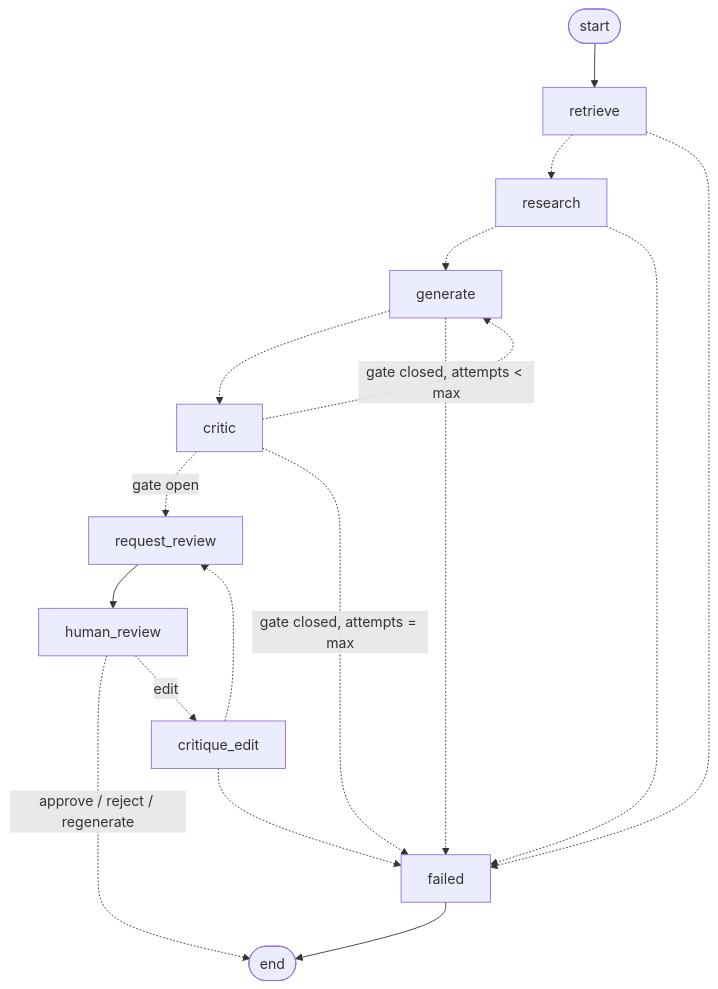
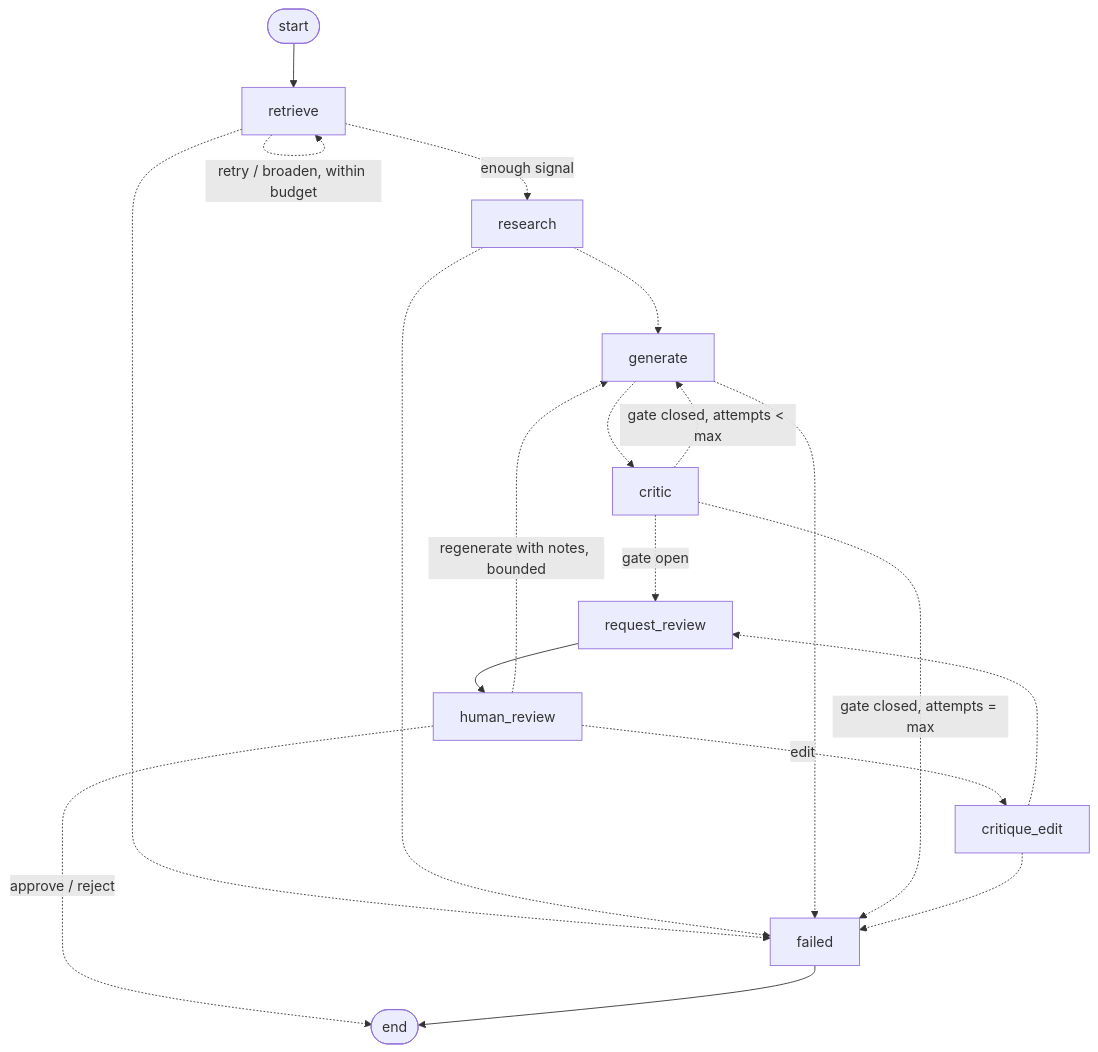
One commit to philik04/social-growth-agent changed the diagram in docs/ARCHITECTURE.md. Above: the diagram before and after it, drawn with Mermaid. The commit also changed other lines of this file and 70 other files, not shown here.

````diff
--- a/docs/ARCHITECTURE.md
+++ b/docs/ARCHITECTURE.md
@@ -94,19 +94,21 @@
 ```mermaid
 graph TD;
   START([start]) --> retrieve
-  retrieve -.-> research
+  retrieve -.->|retry / broaden, within budget| retrieve
+  retrieve -.->|enough signal| research
   retrieve -.-> failed
   research -.-> generate
   research -.-> failed
   generate -.-> critic
   generate -.-> failed
   critic -.->|gate open| request_review
   critic -.->|gate closed, attempts < max| generate
   critic -.->|gate closed, attempts = max| failed
   request_review --> human_review
-  human_review -.->|approve / reject / regenerate| END([end])
+  human_review -.->|approve / reject| END([end])
+  human_review -.->|regenerate with notes, bounded| generate
   human_review -.->|edit| critique_edit
   critique_edit -.-> request_review
   critique_edit -.-> failed
   failed --> END
 ```
````
